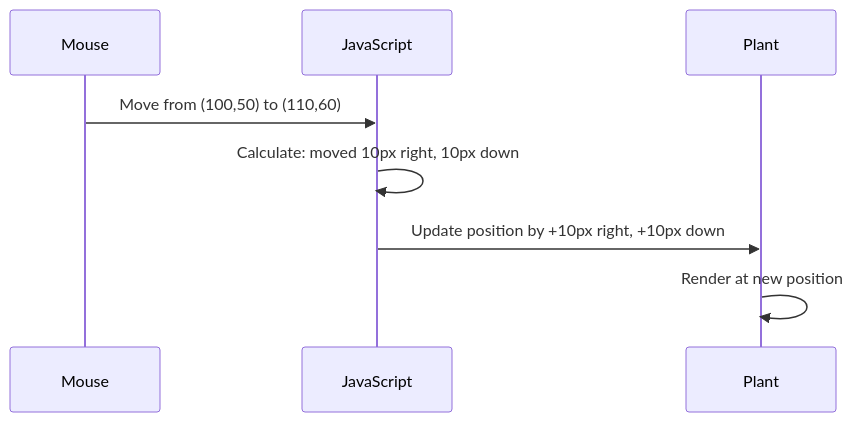
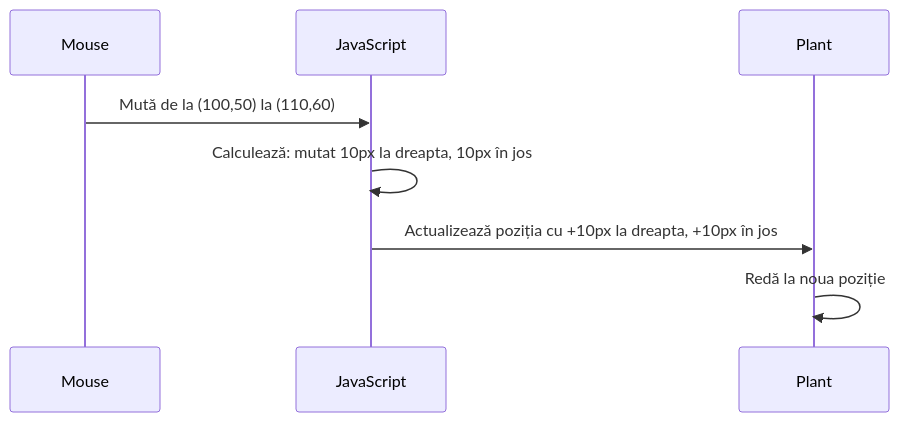
The seventh of 8 diagrams in translations/ro/3-terrarium/3-intro-to-DOM-and-closures/README.md (microsoft/Web-Dev-For-Beginners), drawn with Mermaid before and after one commit. The commit also changed other lines of this file and 99 other files, not shown here.

````diff
--- a/translations/ro/3-terrarium/3-intro-to-DOM-and-closures/README.md
+++ b/translations/ro/3-terrarium/3-intro-to-DOM-and-closures/README.md
@@ -316,11 +507,11 @@
 ```mermaid
 sequenceDiagram
     participant Mouse
     participant JavaScript
     participant Plant
     
-    Mouse->>JavaScript: Move from (100,50) to (110,60)
-    JavaScript->>JavaScript: Calculate: moved 10px right, 10px down
-    JavaScript->>Plant: Update position by +10px right, +10px down
-    Plant->>Plant: Render at new position
+    Mouse->>JavaScript: Mută de la (100,50) la (110,60)
+    JavaScript->>JavaScript: Calculează: mutat 10px la dreapta, 10px în jos
+    JavaScript->>Plant: Actualizează poziția cu +10px la dreapta, +10px în jos
+    Plant->>Plant: Redă la noua poziție
 ```
````
